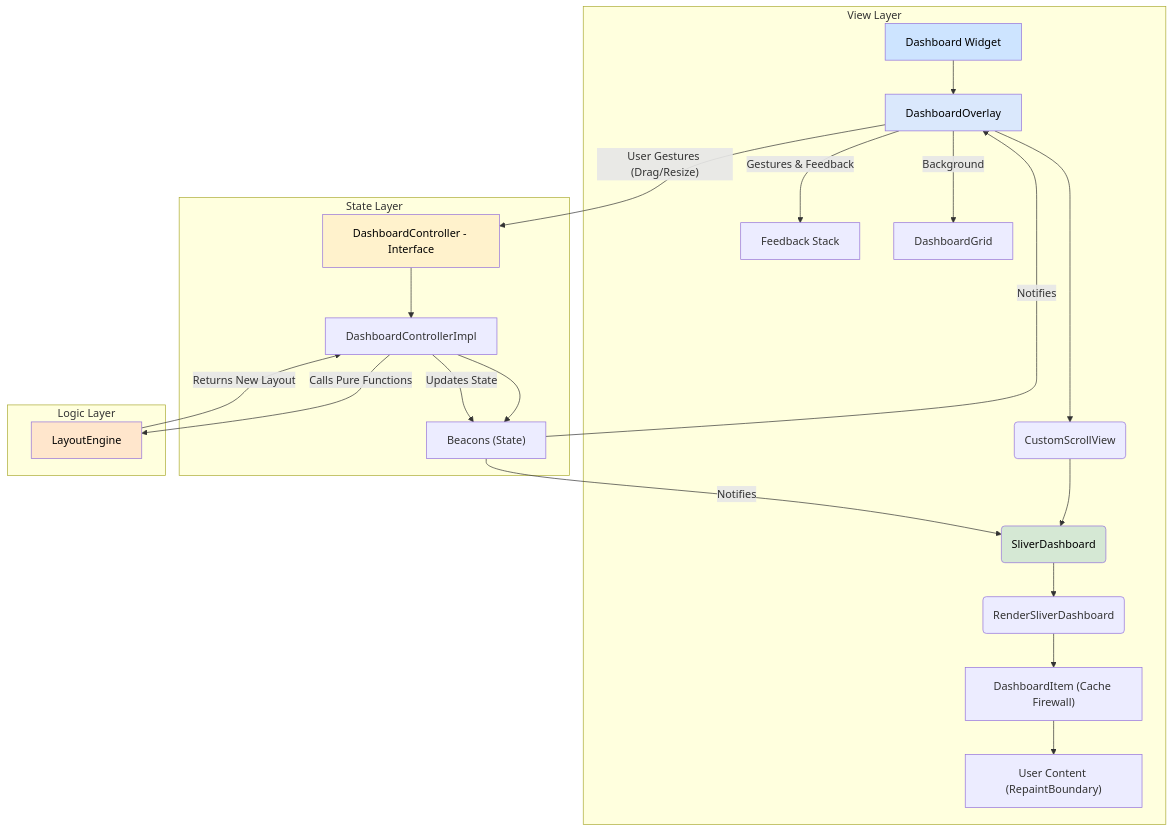
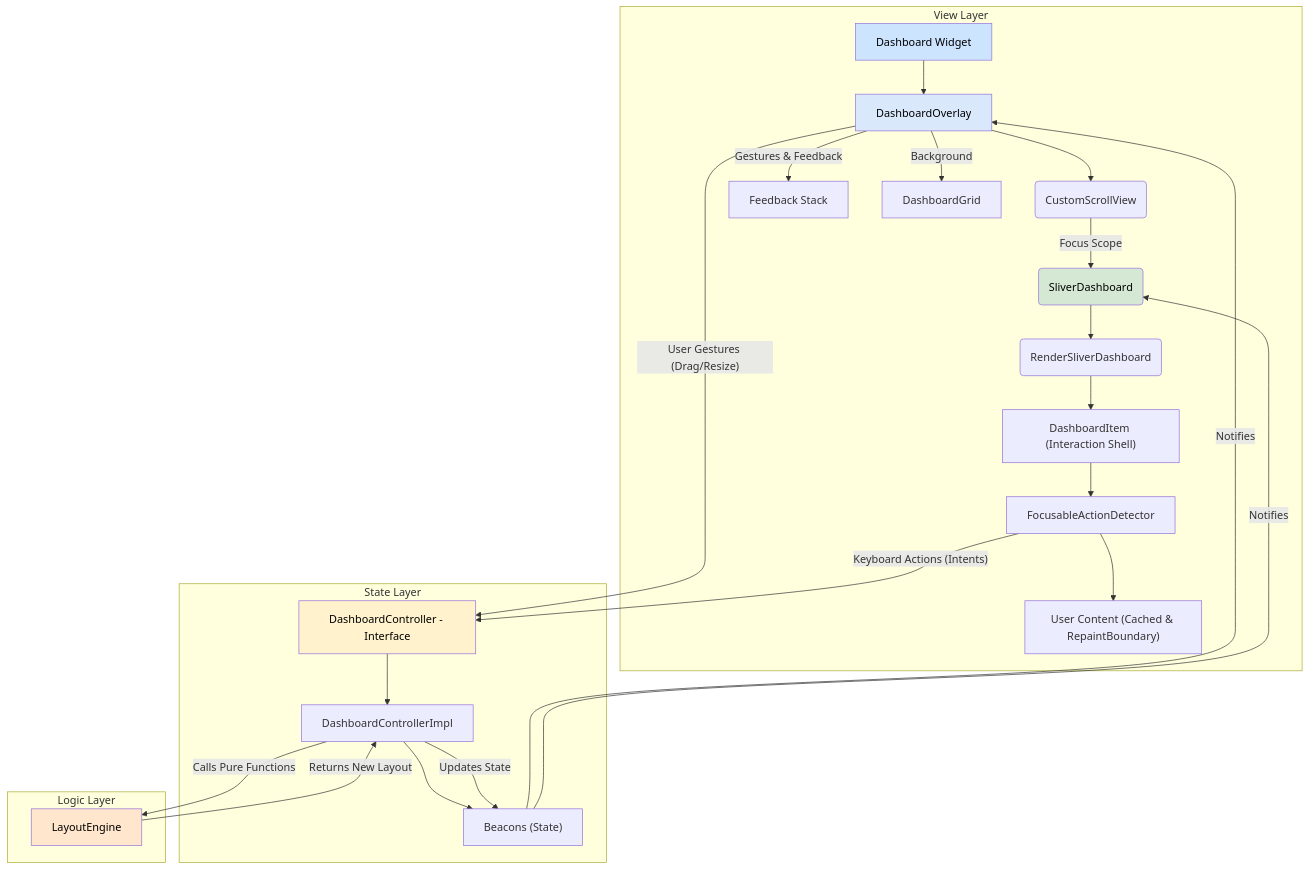
One commit to scalz/sliver_dashboard changed the first of 2 diagrams in architecture.md. Above: the diagram before and after it, drawn with Mermaid. The commit also changed other lines of this file and 15 other files, not shown here.

````diff
--- a/architecture.md
+++ b/architecture.md
@@ -22,35 +23,37 @@
 ```mermaid
 graph TD
     subgraph View Layer
         A[Dashboard Widget] --> B[DashboardOverlay];
         B --> C(CustomScrollView);
         B -- "Gestures & Feedback" --> F[Feedback Stack];
         B -- "Background" --> BG[DashboardGrid];
-        C --> D(SliverDashboard);
+        C -- "Focus Scope" --> D(SliverDashboard);
         D --> E(RenderSliverDashboard);
-        E --> I["DashboardItem (Cache Firewall)"];
-        I --> J["User Content (RepaintBoundary)"];
+        E --> I["DashboardItem (Interaction Shell)"];
+        I --> K["FocusableActionDetector"];
+        K --> L["User Content (Cached & RepaintBoundary)"];
     end
 
     subgraph State Layer
-        K[DashboardController - Interface] --> L[DashboardControllerImpl]
-        L --> M["Beacons (State)"];
+        M[DashboardController - Interface] --> N[DashboardControllerImpl]
+        N --> O["Beacons (State)"];
     end
 
     subgraph Logic Layer
-        N[LayoutEngine];
+        P[LayoutEngine];
     end
 
-    B -- "User Gestures (Drag/Resize)" --> K;
-    L -- Updates State --> M;
-    M -- Notifies --> B;
-    M -- Notifies --> D;
-    L -- Calls Pure Functions --> N;
-    N -- Returns New Layout --> L;
+    B -- "User Gestures (Drag/Resize)" --> M;
+    K -- "Keyboard Actions (Intents)" --> M;
+    N -- Updates State --> O;
+    O -- Notifies --> B;
+    O -- Notifies --> D;
+    N -- Calls Pure Functions --> P;
+    P -- Returns New Layout --> N;
 
     style A fill:#cde4ff,color:#000000
     style B fill:#dae8fc,color:#000000
     style D fill:#d5e8d4,color:#000000
-    style K fill:#fff2cc,color:#000000
-    style N fill:#ffe6cc,color:#000000
+    style M fill:#fff2cc,color:#000000
+    style P fill:#ffe6cc,color:#000000
 ```
````
